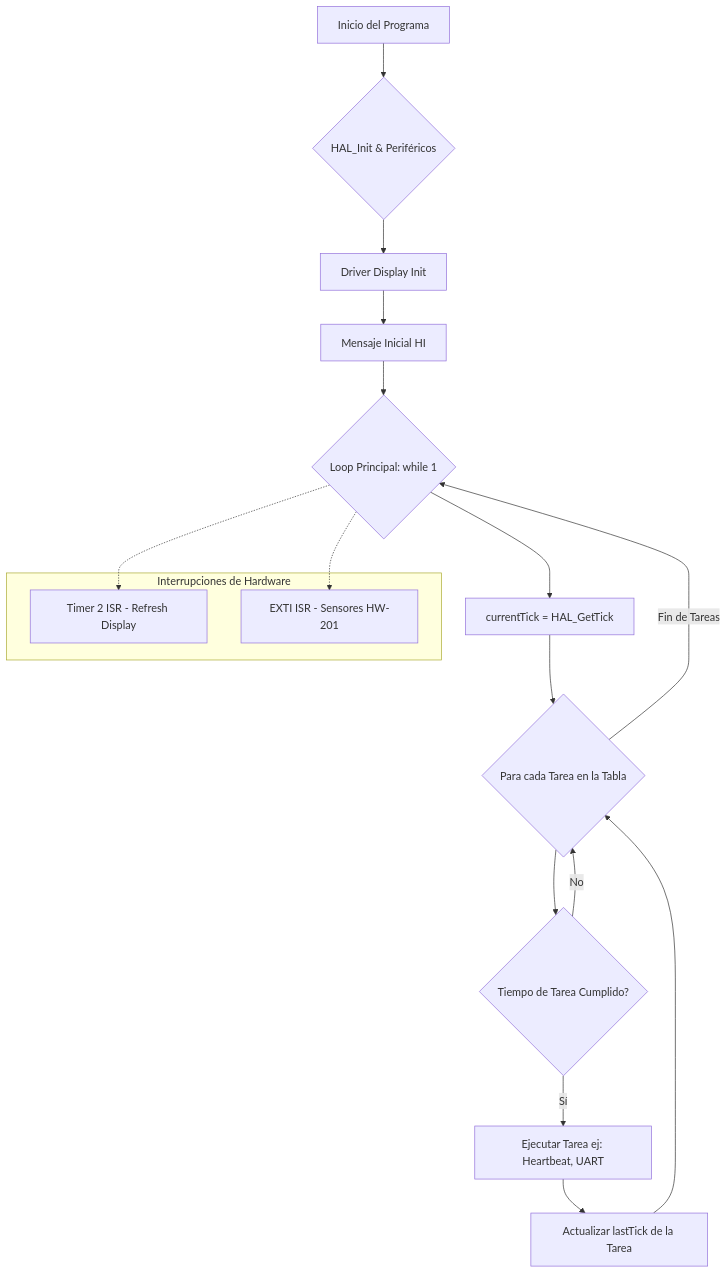
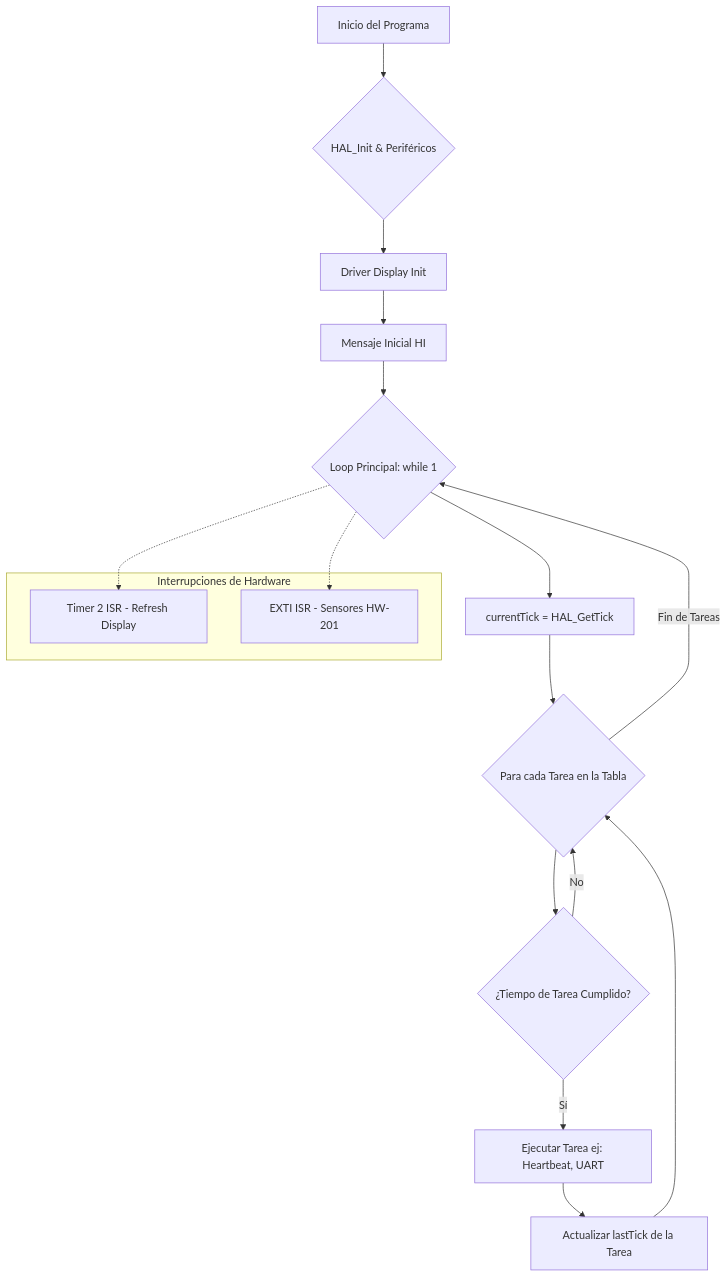
One commit to CarlitozMF/Notas-sobre-STM32-y-Sistemas-Embebidos changed the first of 2 diagrams in 02_Nivel_Intermedio/Proyectos_Integradores/01_Contador_Displys_7Seg/README.md. Above: the diagram before and after it, drawn with Mermaid. The commit also changed other lines of this file and 1 other file, not shown here.

````diff
--- a/02_Nivel_Intermedio/Proyectos_Integradores/01_Contador_Displys_7Seg/README.md
+++ b/02_Nivel_Intermedio/Proyectos_Integradores/01_Contador_Displys_7Seg/README.md
@@ -13,22 +20,22 @@
 ```mermaid
 graph TD
     A[Inicio del Programa] --> B{HAL_Init & Periféricos}
     B --> C[Driver Display Init]
     C --> D[Mensaje Inicial HI]
     D --> E{Loop Principal: while 1}
     E --> F[currentTick = HAL_GetTick]
     F --> G{Para cada Tarea en la Tabla}
-    G --> H{Tiempo de Tarea Cumplido?}
+    G --> H{¿Tiempo de Tarea Cumplido?}
     H -- Sí --> I[Ejecutar Tarea ej: Heartbeat, UART]
     I --> J[Actualizar lastTick de la Tarea]
     J --> G
     H -- No --> G
     G -- Fin de Tareas --> E
 
     subgraph Interrupciones de Hardware
         K[Timer 2 ISR - Refresh Display]
         L[EXTI ISR - Sensores HW-201]
     end
     E -.-> K
     E -.-> L
 ```
````
